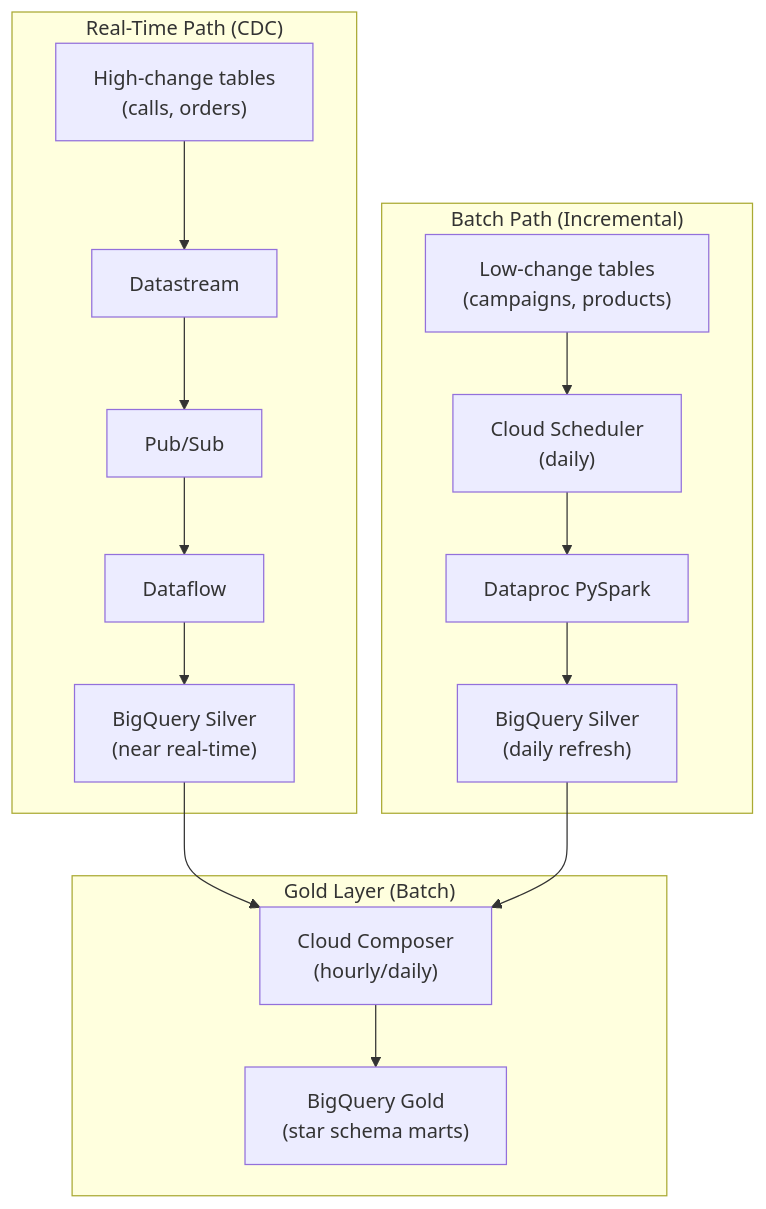
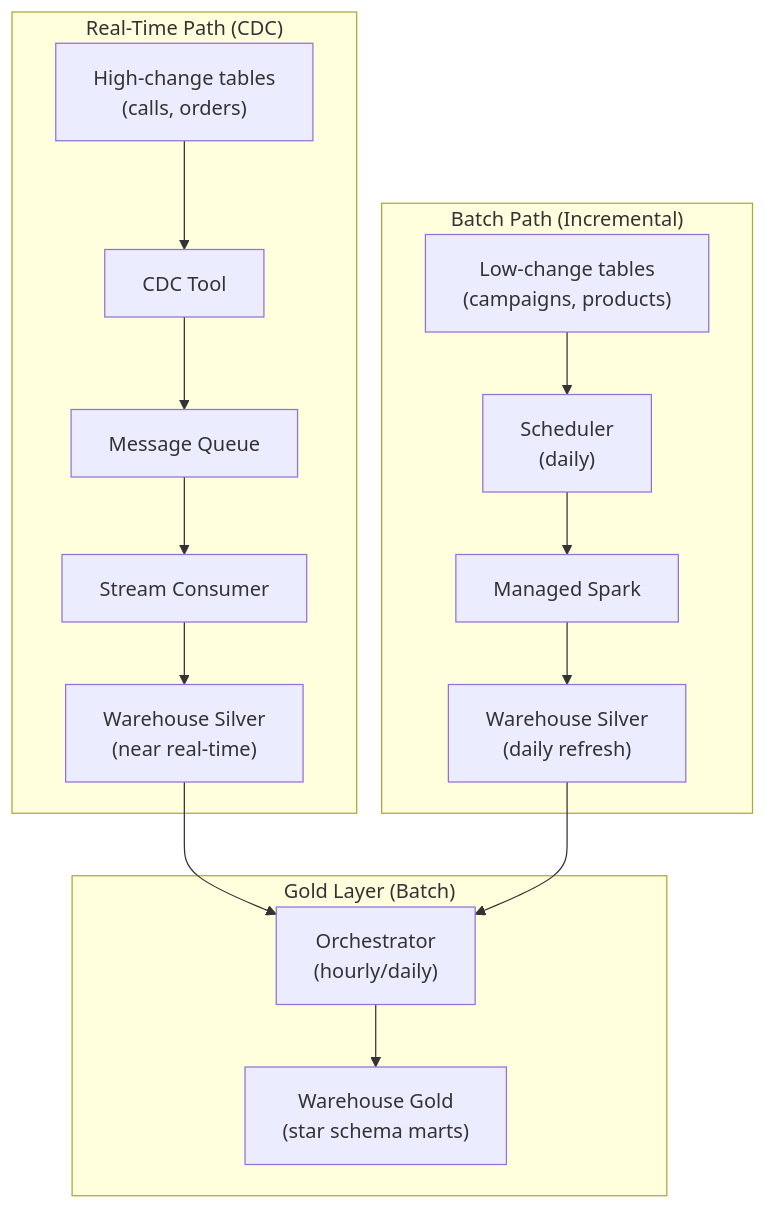
One commit to sunilmogadati/systems-in-production changed the sixth of 6 diagrams in playbooks/data/etl-patterns/07_System_Design.md. Above: the diagram before and after it, drawn with Mermaid. The commit also changed other lines of this file and 10 other files, not shown here.

````diff
--- a/playbooks/data/etl-patterns/07_System_Design.md
+++ b/playbooks/data/etl-patterns/07_System_Design.md
@@ -201,16 +252,16 @@
 ```mermaid
 graph TD
     subgraph "Real-Time Path (CDC)"
-        RT1["High-change tables<br/>(calls, orders)"] --> RT2["Datastream"] --> RT3["Pub/Sub"] --> RT4["Dataflow"] --> RT5["BigQuery Silver<br/>(near real-time)"]
+        RT1["High-change tables<br/>(calls, orders)"] --> RT2["CDC Tool"] --> RT3["Message Queue"] --> RT4["Stream Consumer"] --> RT5["Warehouse Silver<br/>(near real-time)"]
     end
 
     subgraph "Batch Path (Incremental)"
-        B1["Low-change tables<br/>(campaigns, products)"] --> B2["Cloud Scheduler<br/>(daily)"] --> B3["Dataproc PySpark"] --> B4["BigQuery Silver<br/>(daily refresh)"]
+        B1["Low-change tables<br/>(campaigns, products)"] --> B2["Scheduler<br/>(daily)"] --> B3["Managed Spark"] --> B4["Warehouse Silver<br/>(daily refresh)"]
     end
 
     subgraph "Gold Layer (Batch)"
-        RT5 --> G["Cloud Composer<br/>(hourly/daily)"]
+        RT5 --> G["Orchestrator<br/>(hourly/daily)"]
         B4 --> G
-        G --> G1["BigQuery Gold<br/>(star schema marts)"]
+        G --> G1["Warehouse Gold<br/>(star schema marts)"]
     end
 ```
````
